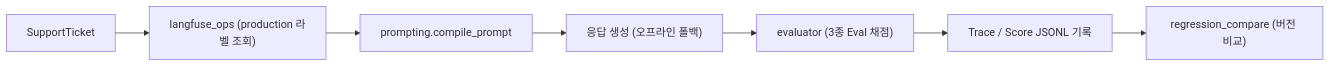
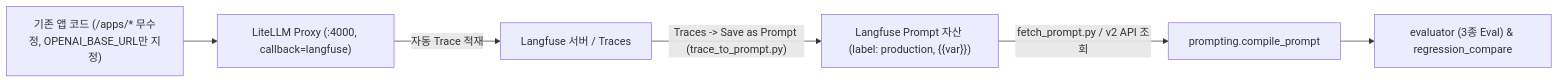
One commit to yojulab/learn_Loop_engineering changed the diagram in ch11-eval-and-llmops/README.md. Above: the diagram before and after it, drawn with Mermaid. The commit also changed other lines of this file and 10 other files, not shown here.

Commit message:
feat(task-c2-ch11-langfuse-litellm): 제11장 LLMOps에 LiteLLM 프록시 무코드 관측, Trace→Prompt 승격(`trace_to_prompt.py`), Langfuse 프롬프트 조회·컴파일(`fetch_prompt.py`, `{{var}}` 지원) 및 `ch11-eval-and-llmops/README.md` 보완 [cycle-2]

````diff
--- a/ch11-eval-and-llmops/README.md
+++ b/ch11-eval-and-llmops/README.md
@@ -16,9 +16,8 @@
 ```mermaid
 flowchart LR
-    T["SupportTicket"] --> F["langfuse_ops (production 라벨 조회)"]
-    F --> C["prompting.compile_prompt"]
-    C --> A["응답 생성 (오프라인 폴백)"]
-    A --> E["evaluator (3종 Eval 채점)"]
-    E --> L["Trace / Score JSONL 기록"]
-    L --> R["regression_compare (버전 비교)"]
+    App["기존 앱 코드 (/apps/* 무수정, OPENAI_BASE_URL만 지정)"] --> Proxy["LiteLLM Proxy (:4000, callback=langfuse)"]
+    Proxy -->|"자동 Trace 적재"| LF["Langfuse 서버 / Traces"]
+    LF -->|"Traces -> Save as Prompt (trace_to_prompt.py)"| PromptReg["Langfuse Prompt 자산 (label: production, {{var}})"]
+    PromptReg -->|"fetch_prompt.py / v2 API 조회"| Compile["prompting.compile_prompt"]
+    Compile --> Eval["evaluator (3종 Eval) & regression_compare"]
 ```
````
